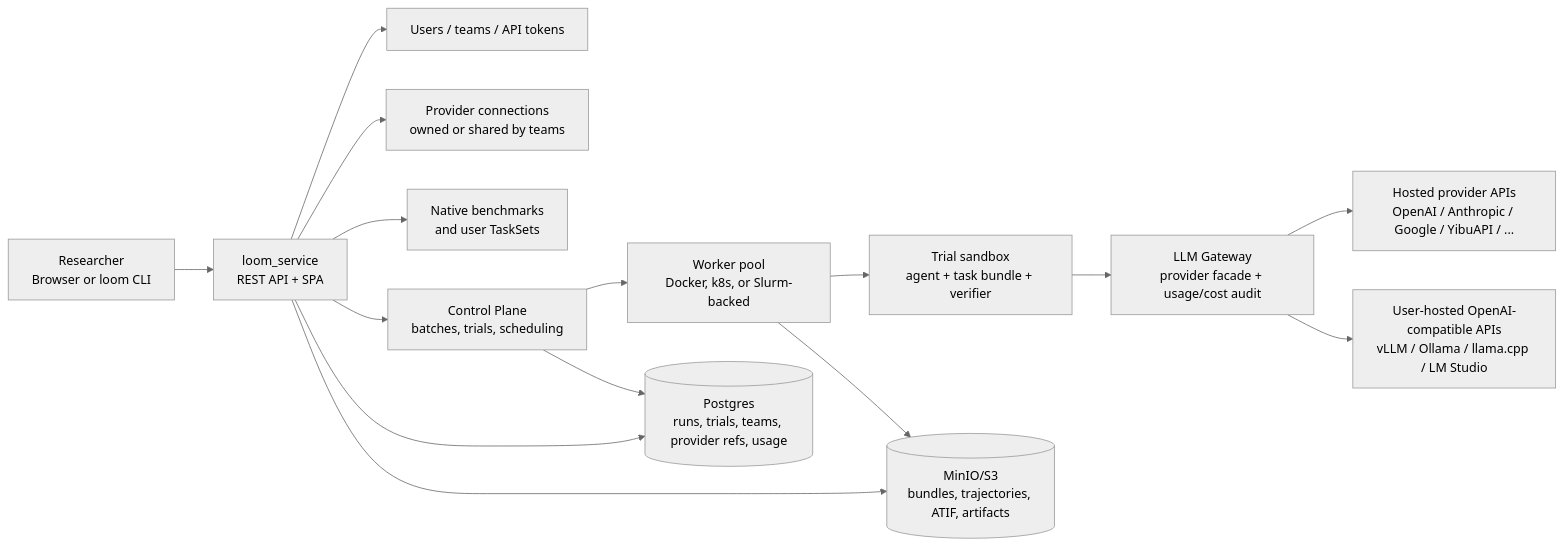
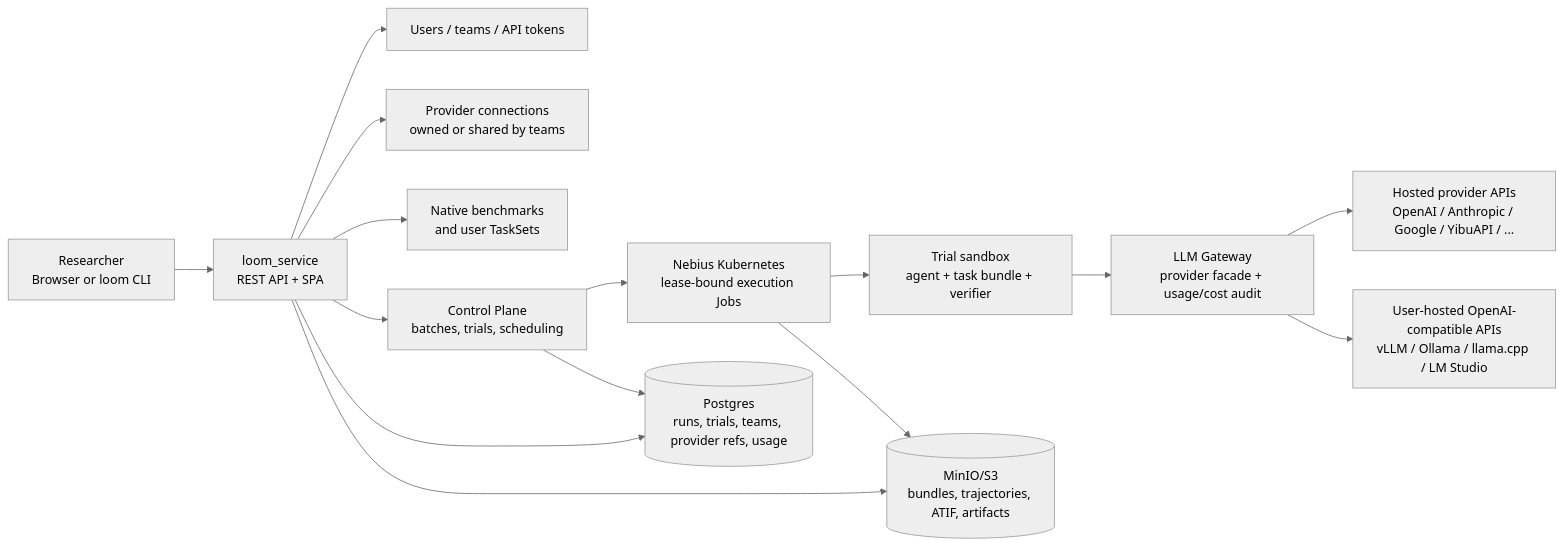
One commit to qianyi-sun/loom changed the diagram in README.md. Above: the diagram before and after it, drawn with Mermaid (neutral theme). The commit also changed other lines of this file and 12 other files, not shown here.

Commit message:
refactor(execution): restrict hosted admission to Nebius

````diff
--- a/README.md
+++ b/README.md
@@ -86,17 +89,17 @@
 ```mermaid
 flowchart LR
     User["Researcher\nBrowser or loom CLI"] --> Service["loom_service\nREST API + SPA"]
     Service --> Auth["Users / teams / API tokens"]
     Service --> Provider["Provider connections\nowned or shared by teams"]
     Service --> TaskSource["Native benchmarks\nand user TaskSets"]
     Service --> CP["Control Plane\nbatches, trials, scheduling"]
-    CP --> Worker["Worker pool\nDocker, k8s, or Slurm-backed"]
+    CP --> Worker["Nebius Kubernetes\nlease-bound execution Jobs"]
     Worker --> Sandbox["Trial sandbox\nagent + task bundle + verifier"]
     Sandbox --> Gateway["LLM Gateway\nprovider facade + usage/cost audit"]
     Gateway --> Hosted["Hosted provider APIs\nOpenAI / Anthropic / Google / YibuAPI / ..."]
     Gateway --> SelfHosted["User-hosted OpenAI-compatible APIs\nvLLM / Ollama / llama.cpp / LM Studio"]
     CP --> Postgres[("Postgres\nruns, trials, teams, provider refs, usage")]
     Service --> Postgres
     Worker --> MinIO[("MinIO/S3\nbundles, trajectories, ATIF, artifacts")]
     Service --> MinIO
 ```
````
